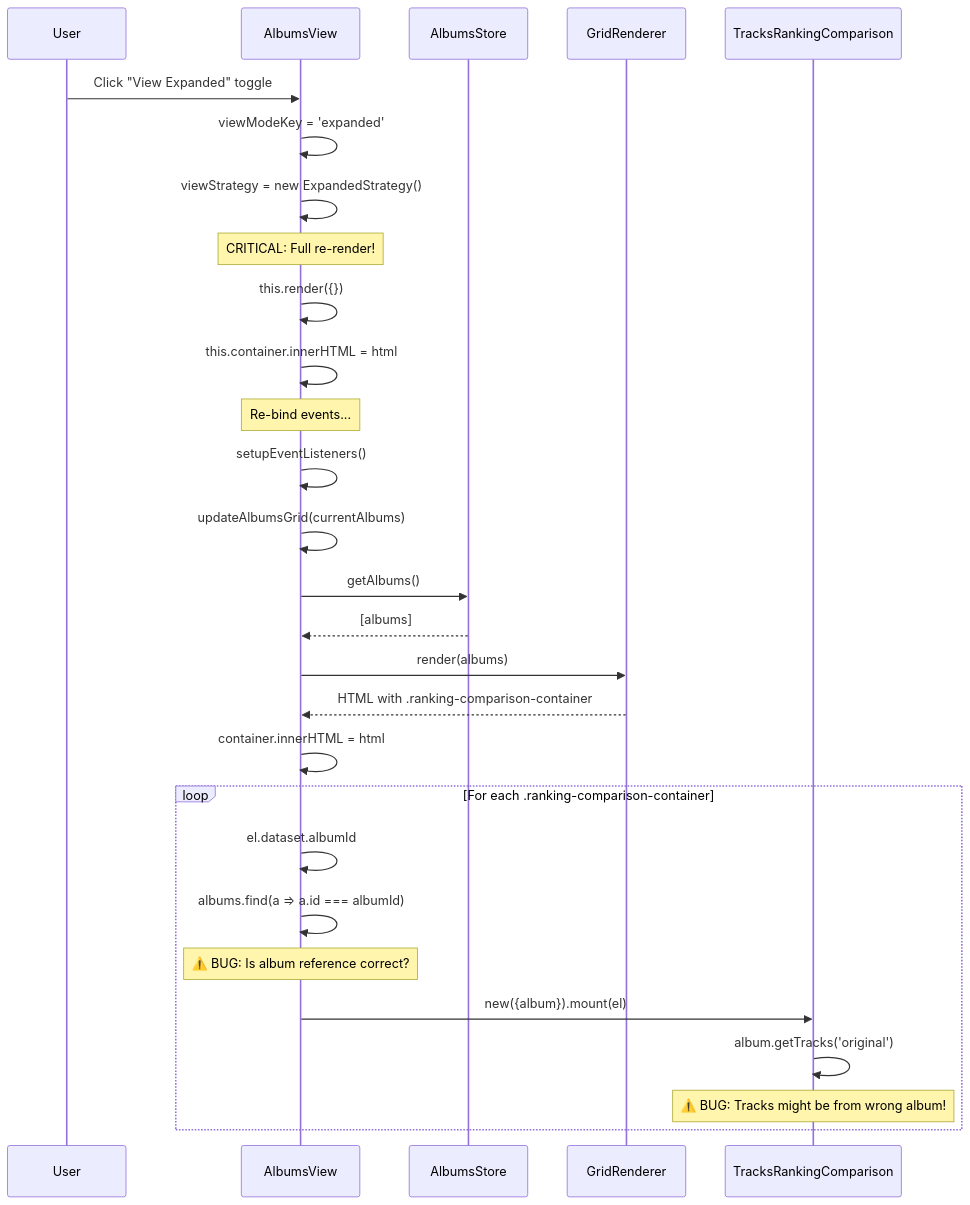
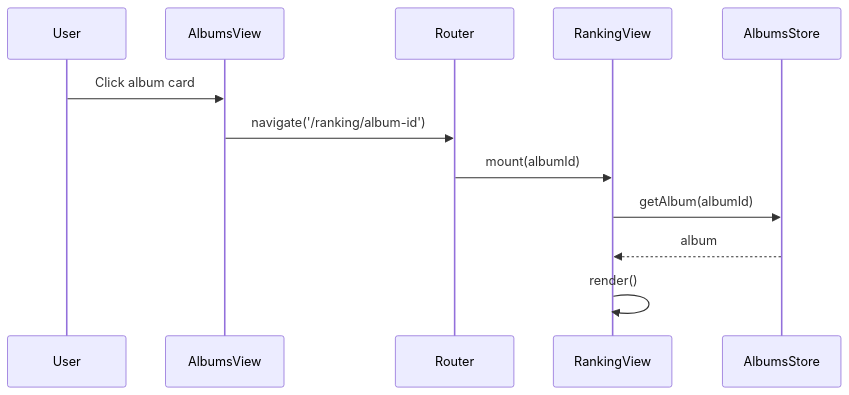
The ninth of 18 diagrams in docs/technical/data_flow_architecture.md (maujrp99/MJRP_AlbumsBalancedPlaylists_v0), drawn with Mermaid before and after one commit. The commit also changed other lines of this file and 1 other file, not shown here.

First line of the commit message:
docs: Refine architecture doc based on user review

````diff
--- a/docs/technical/data_flow_architecture.md
+++ b/docs/technical/data_flow_architecture.md
@@ -513,40 +510,17 @@
 ```mermaid
 sequenceDiagram
     participant User
     participant AlbumsView
+    participant Router
+    participant RankingView
     participant AlbumsStore
-    participant GridRenderer
-    participant TracksRankingComparison
-
-    User->>AlbumsView: Click "View Expanded" toggle
-    AlbumsView->>AlbumsView: viewModeKey = 'expanded'
-    AlbumsView->>AlbumsView: viewStrategy = new ExpandedStrategy()
     
-    Note over AlbumsView: CRITICAL: Full re-render!
-    AlbumsView->>AlbumsView: this.render({})
-    AlbumsView->>AlbumsView: this.container.innerHTML = html
+    User->>AlbumsView: Click album card
+    AlbumsView->>Router: navigate('/ranking/album-id')
+    Router->>RankingView: mount(albumId)
     
-    Note over AlbumsView: Re-bind events...
-    AlbumsView->>AlbumsView: setupEventListeners()
+    RankingView->>AlbumsStore: getAlbum(albumId)
+    AlbumsStore-->>RankingView: album
     
-    AlbumsView->>AlbumsView: updateAlbumsGrid(currentAlbums)
-    AlbumsView->>AlbumsStore: getAlbums()
-    AlbumsStore-->>AlbumsView: [albums]
-    
-    AlbumsView->>GridRenderer: render(albums)
-    GridRenderer-->>AlbumsView: HTML with .ranking-comparison-container
-    
-    AlbumsView->>AlbumsView: container.innerHTML = html
-    
-    loop For each .ranking-comparison-container
-        AlbumsView->>AlbumsView: el.dataset.albumId
-        AlbumsView->>AlbumsView: albums.find(a => a.id === albumId)
-        
-        Note over AlbumsView: ⚠️ BUG: Is album reference correct?
-        
-        AlbumsView->>TracksRankingComparison: new({album}).mount(el)
-        TracksRankingComparison->>TracksRankingComparison: album.getTracks('original')
-        
-        Note over TracksRankingComparison: ⚠️ BUG: Tracks might be from wrong album!
-    end
+    RankingView->>RankingView: render()
 ```
````
